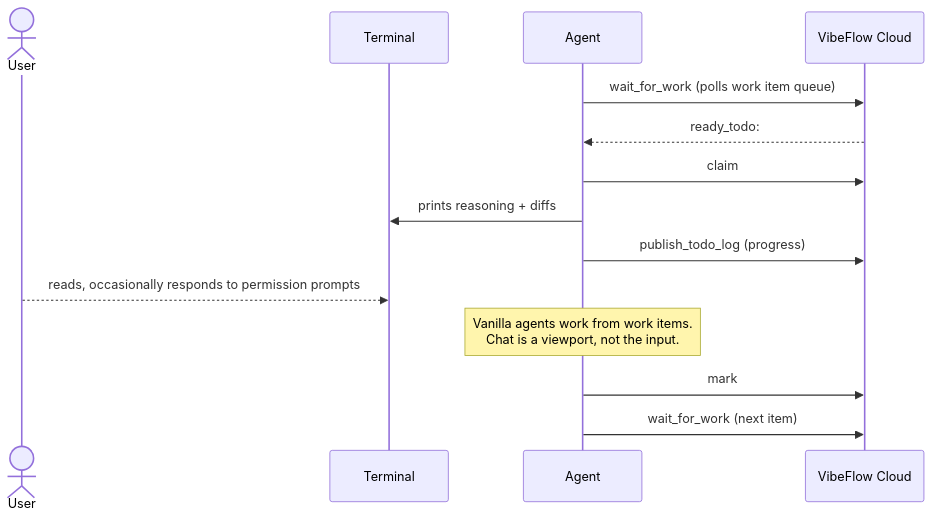
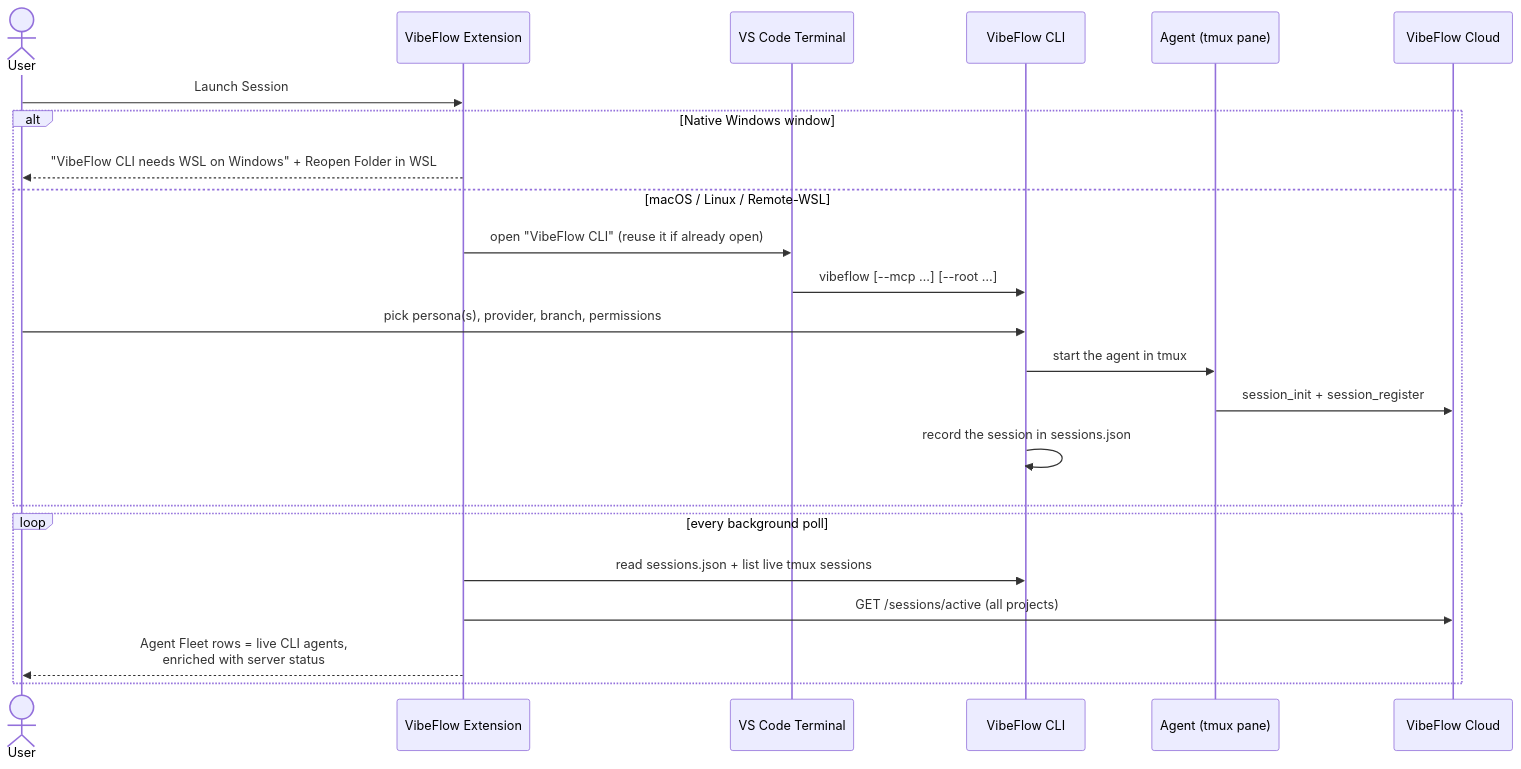
Before and after one commit to axiom-studio/vscode-vibeflow: the second of 7 diagrams in docs/vscode-vibeflow/docs/workflows-and-flows.md, drawn with Mermaid. The commit also changed other lines of this file and 29 other files, not shown here.

````diff
--- a/docs/vscode-vibeflow/docs/workflows-and-flows.md
+++ b/docs/vscode-vibeflow/docs/workflows-and-flows.md
@@ -115,17 +63,26 @@
 ```mermaid
 sequenceDiagram
     actor User
-    participant Term as Terminal
-    participant Agent
+    participant Ext as VibeFlow Extension
+    participant Term as VS Code Terminal
+    participant CLI as VibeFlow CLI
+    participant Agent as Agent (tmux pane)
     participant Server as VibeFlow Cloud
 
-    Agent->>Server: wait_for_work (polls work item queue)
-    Server-->>Agent: ready_todo: #123 "Add login button"
-    Agent->>Server: claim #123
-    Agent->>Term: prints reasoning + diffs
-    Agent->>Server: publish_todo_log (progress)
-    User-->>Term: reads, occasionally responds to permission prompts
-    Note over Agent: Vanilla agents work from work items.<br/>Chat is a viewport, not the input.
-    Agent->>Server: mark #123 done
-    Agent->>Server: wait_for_work (next item)
+    User->>Ext: Launch Session
+    alt Native Windows window
+        Ext-->>User: "VibeFlow CLI needs WSL on Windows" + Reopen Folder in WSL
+    else macOS / Linux / Remote-WSL
+        Ext->>Term: open "VibeFlow CLI" (reuse it if already open)
+        Term->>CLI: vibeflow [--mcp …] [--root …]
+        User->>CLI: pick persona(s), provider, branch, permissions
+        CLI->>Agent: start the agent in tmux
+        Agent->>Server: session_init + session_register
+        CLI->>CLI: record the session in sessions.json
+    end
+    loop every background poll
+        Ext->>CLI: read sessions.json + list live tmux sessions
+        Ext->>Server: GET /sessions/active (all projects)
+        Ext-->>User: Agent Fleet rows = live CLI agents,<br/>enriched with server status
+    end
 ```
````
